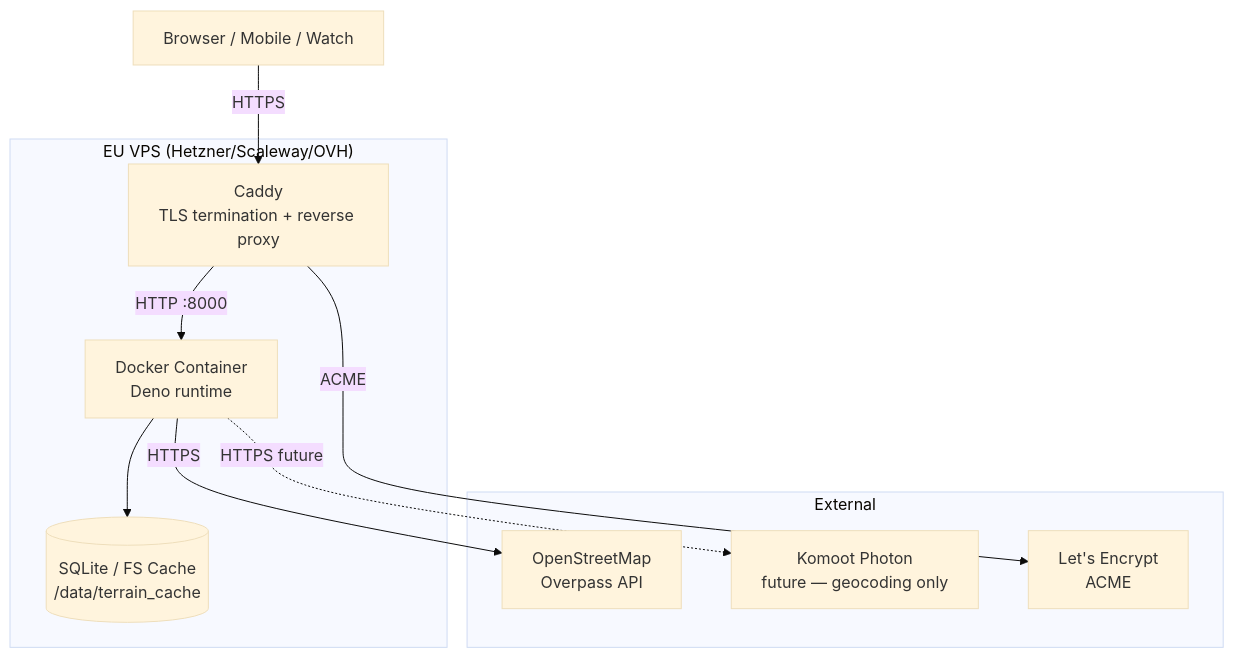
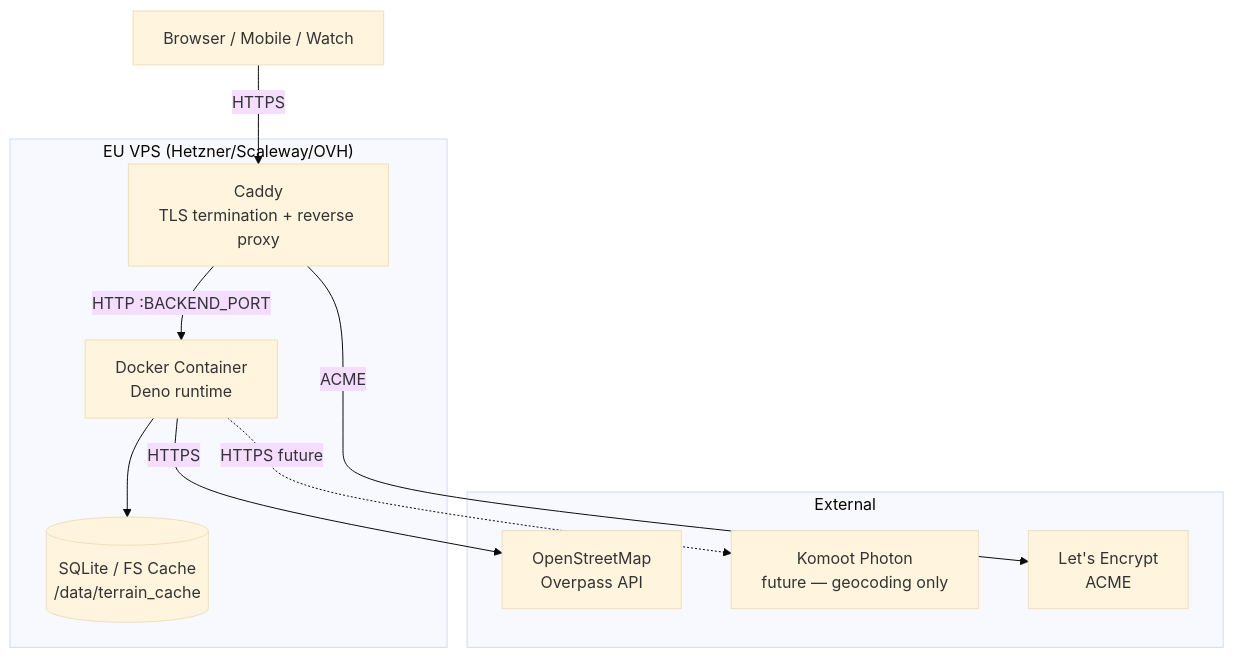
Before and after one commit to swimrun/tigerlegs: the sixth of 8 diagrams in .kiro/specs/gpx-swimrun-analyzer/design.md, drawn with Mermaid (base theme). The commit also changed other lines of this file and 28 other files, not shown here.

````diff
--- a/.kiro/specs/gpx-swimrun-analyzer/design.md
+++ b/.kiro/specs/gpx-swimrun-analyzer/design.md
@@ -228,21 +228,21 @@
 ```mermaid
 graph TD
     subgraph "EU VPS (Hetzner/Scaleway/OVH)"
         Caddy[Caddy<br/>TLS termination + reverse proxy]
         Docker[Docker Container<br/>Deno runtime]
         Cache[(SQLite / FS Cache<br/>/data/terrain_cache)]
     end
 
     subgraph "External"
         OSM[OpenStreetMap<br/>Overpass API]
         Komoot[Komoot Photon<br/>future — geocoding only]
         LetsEncrypt[Let's Encrypt<br/>ACME]
     end
 
     Client[Browser / Mobile / Watch] -->|HTTPS| Caddy
-    Caddy -->|HTTP :8000| Docker
+    Caddy -->|HTTP :BACKEND_PORT| Docker
     Docker --> Cache
     Docker -->|HTTPS| OSM
     Docker -.->|HTTPS future| Komoot
     Caddy -->|ACME| LetsEncrypt
 ```
````
